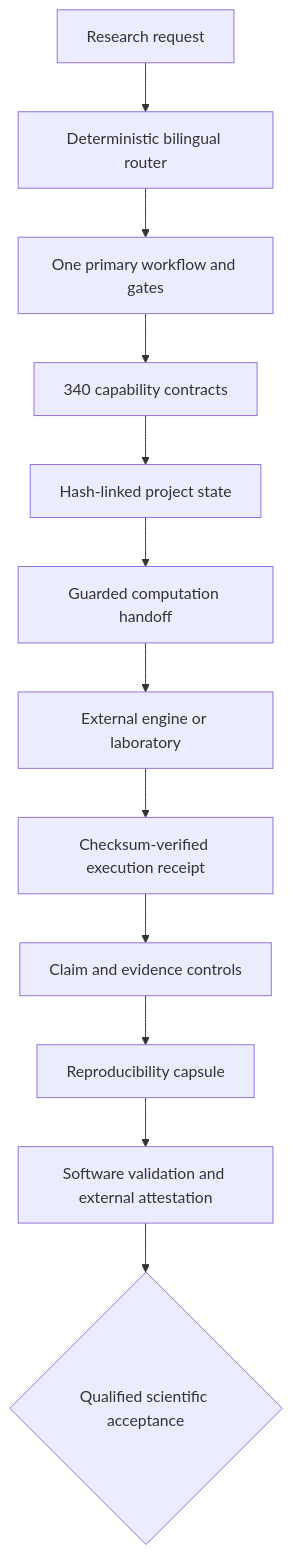
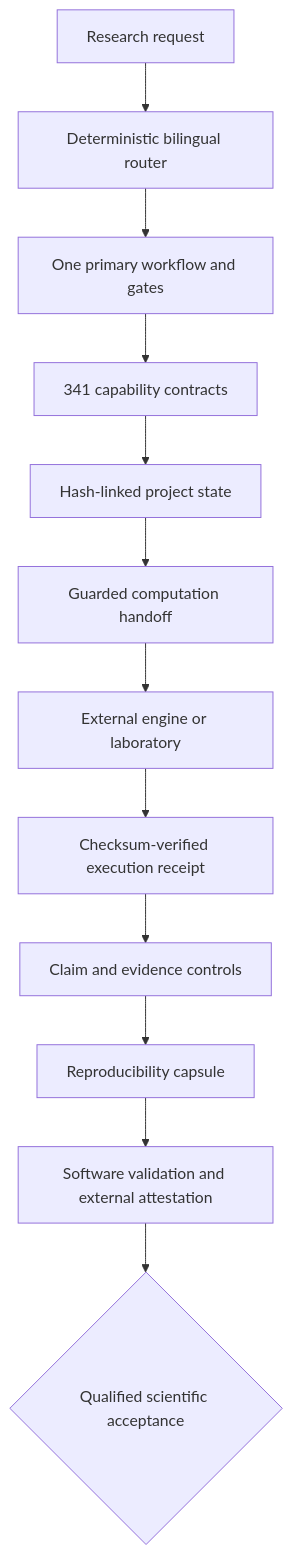
The diagram in docs/ARCHITECTURE.md (SUNHAOJUN22/TsaoSciResearcher), drawn with Mermaid before and after one commit. The commit also changed other lines of this file and 106 other files, not shown here.

````diff
--- a/docs/ARCHITECTURE.md
+++ b/docs/ARCHITECTURE.md
@@ -5,14 +5,14 @@
 ```mermaid
 flowchart TD
   U[Research request] --> R[Deterministic bilingual router]
   R --> W[One primary workflow and gates]
-  W --> C[340 capability contracts]
+  W --> C[341 capability contracts]
   C --> S[Hash-linked project state]
   S --> H[Guarded computation handoff]
   H --> X[External engine or laboratory]
   X --> E[Checksum-verified execution receipt]
   E --> K[Claim and evidence controls]
   K --> P[Reproducibility capsule]
   P --> V[Software validation and external attestation]
   V --> A{Qualified scientific acceptance}
 ```
````
